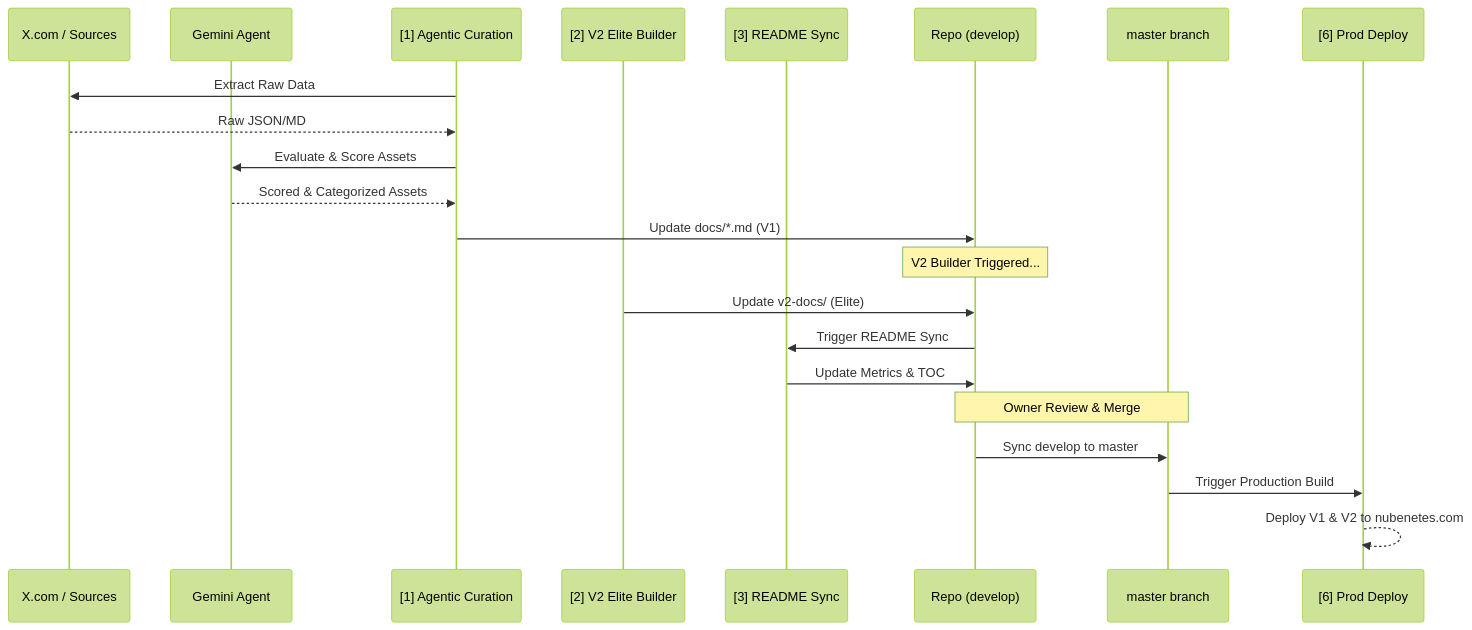
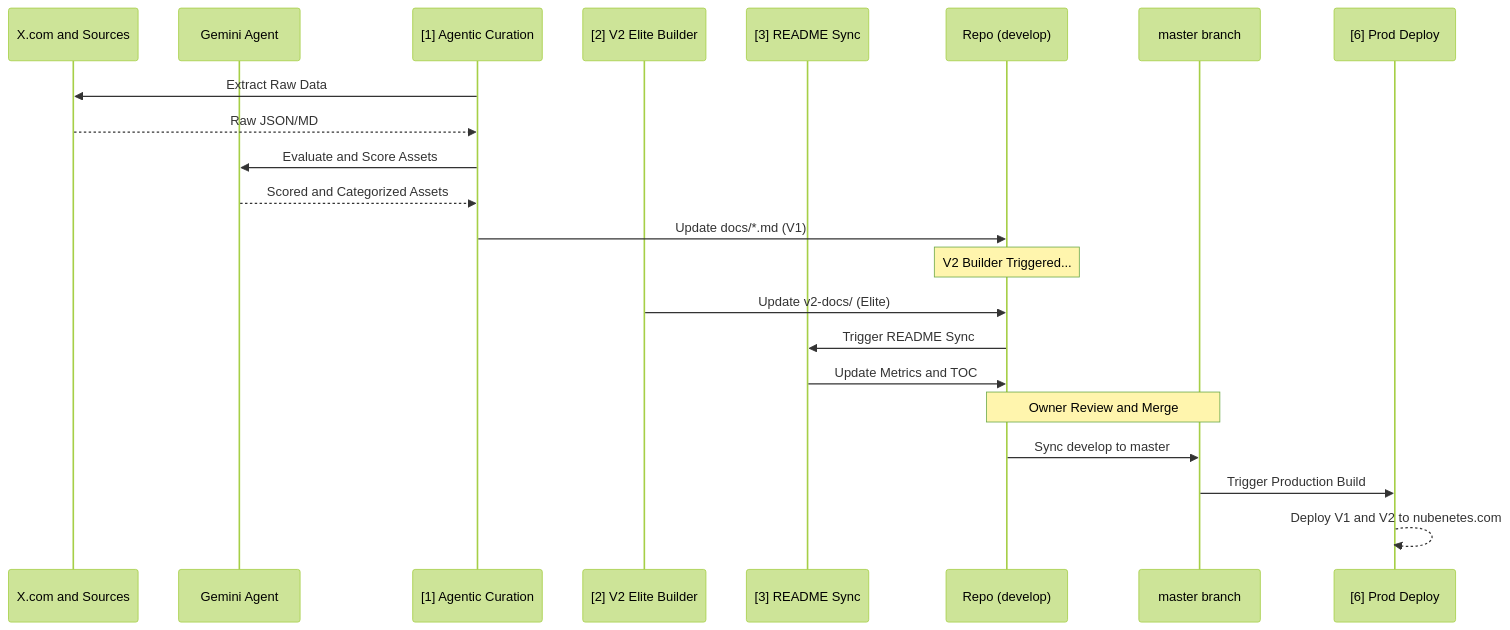
The ninth of 10 diagrams in README.md (nubenetes/awesome-kubernetes), drawn with Mermaid (forest theme) before and after one commit. The commit also changed other lines of this file, not shown here.

Commit message:
docs: fix Mermaid diagram text truncation and comply with Mandate 30

````diff
--- a/README.md
+++ b/README.md
@@ -625,25 +625,25 @@
 ```mermaid
 sequenceDiagram
-    participant X as X.com / Sources
+    participant X as X.com and Sources
     participant G as Gemini Agent
     participant W1 as [1] Agentic Curation
     participant W2 as [2] V2 Elite Builder
     participant W3 as [3] README Sync
     participant R as Repo (develop)
     participant M as master branch
     participant P as [6] Prod Deploy
 
     W1->>X: Extract Raw Data
     X-->>W1: Raw JSON/MD
-    W1->>G: Evaluate & Score Assets
-    G-->>W1: Scored & Categorized Assets
+    W1->>G: Evaluate and Score Assets
+    G-->>W1: Scored and Categorized Assets
     W1->>R: Update docs/*.md (V1)
     Note over R: V2 Builder Triggered...
     W2->>R: Update v2-docs/ (Elite)
     R->>W3: Trigger README Sync
-    W3->>R: Update Metrics & TOC
-    Note over R, M: Owner Review & Merge
+    W3->>R: Update Metrics and TOC
+    Note over R, M: Owner Review and Merge
     R->>M: Sync develop to master
     M->>P: Trigger Production Build
-    P-->>P: Deploy V1 & V2 to nubenetes.com
+    P-->>P: Deploy V1 and V2 to nubenetes.com
 ```
````
